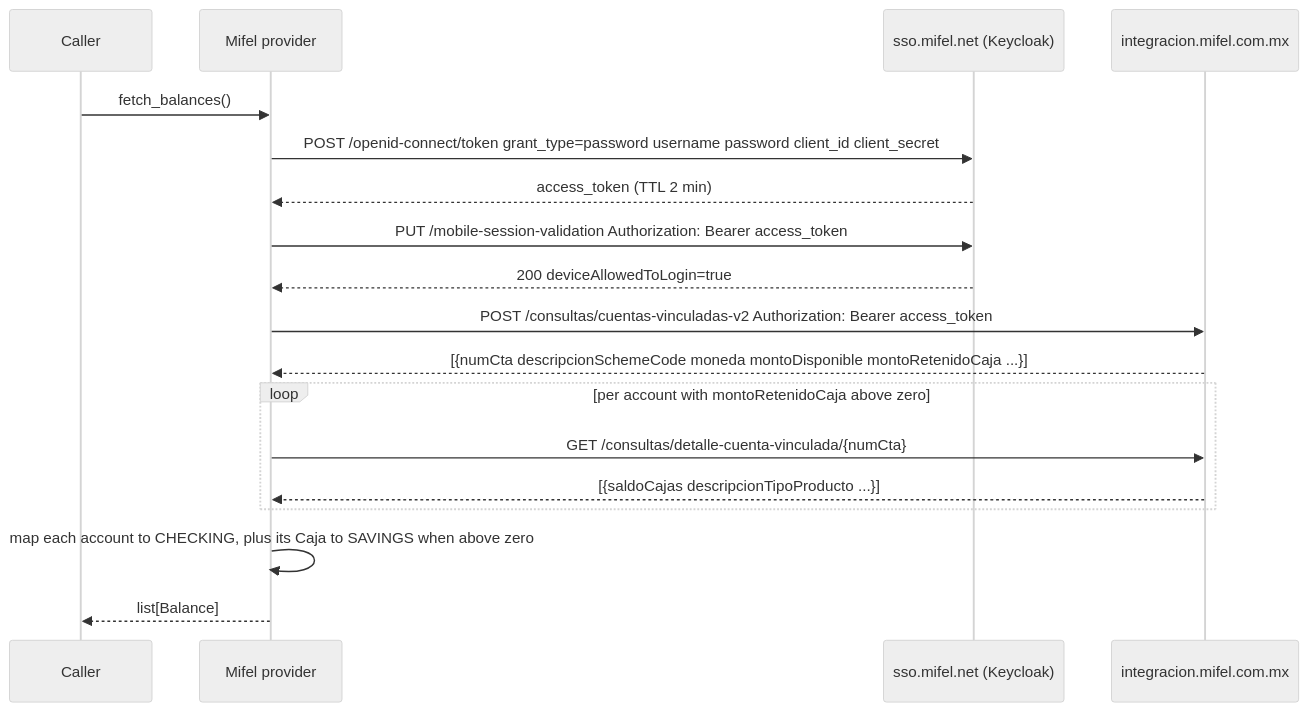
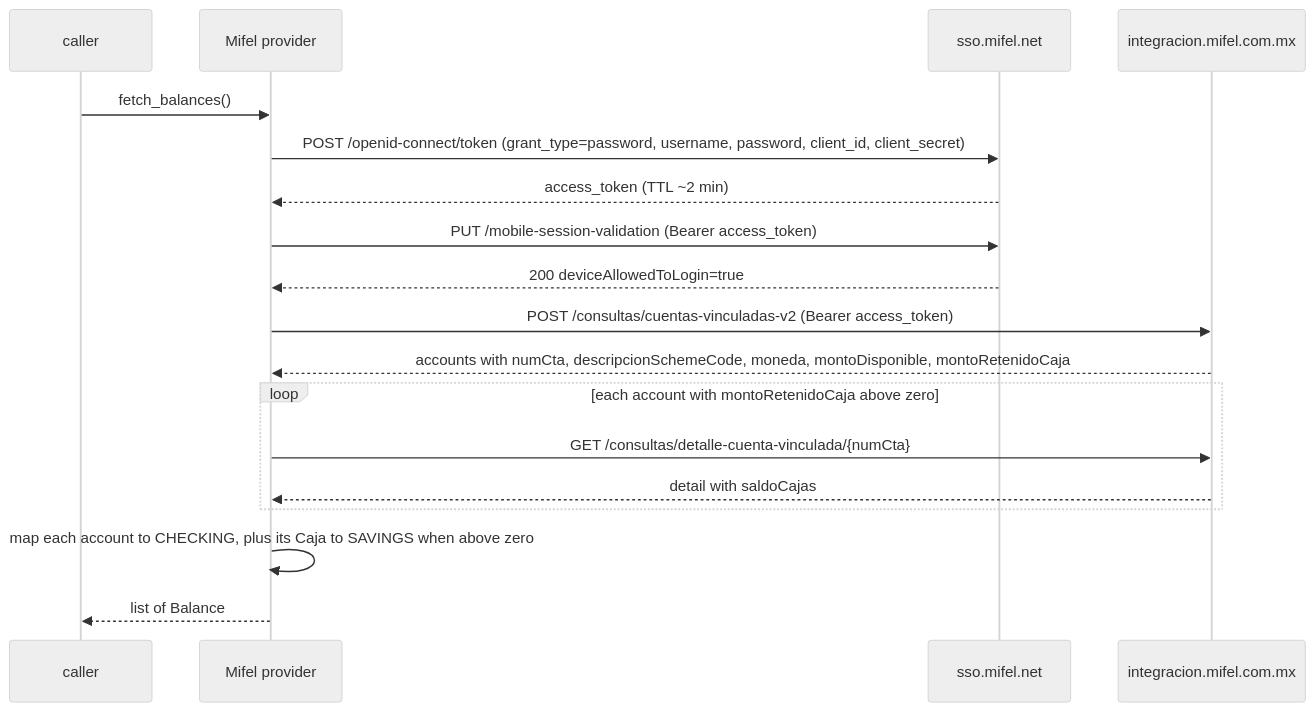
Before and after one commit to PaoloReyes/finscraper-mx: the diagram in docs/flows/mifel.md, drawn with Mermaid (neutral theme). The commit also changed other lines of this file and 8 other files, not shown here.

Commit message:
docs/flows: one structure across providers; fix Klar mermaid

````diff
--- a/docs/flows/mifel.md
+++ b/docs/flows/mifel.md
@@ -20,21 +17,21 @@
 ```mermaid
 sequenceDiagram
-    participant C as Caller
-    participant P as Mifel provider
-    participant KC as sso.mifel.net (Keycloak)
-    participant I as integracion.mifel.com.mx
+  participant C as caller
+  participant P as Mifel provider
+  participant KC as sso.mifel.net
+  participant I as integracion.mifel.com.mx
 
-    C->>P: fetch_balances()
-    P->>KC: POST /openid-connect/token  grant_type=password username password client_id client_secret
-    KC-->>P: access_token (TTL 2 min)
-    P->>KC: PUT /mobile-session-validation  Authorization: Bearer access_token
-    KC-->>P: 200 deviceAllowedToLogin=true
-    P->>I: POST /consultas/cuentas-vinculadas-v2  Authorization: Bearer access_token
-    I-->>P: [{numCta descripcionSchemeCode moneda montoDisponible montoRetenidoCaja ...}]
-    loop per account with montoRetenidoCaja above zero
-        P->>I: GET /consultas/detalle-cuenta-vinculada/{numCta}
-        I-->>P: [{saldoCajas descripcionTipoProducto ...}]
-    end
-    P->>P: map each account to CHECKING, plus its Caja to SAVINGS when above zero
-    P-->>C: list[Balance]
+  C->>P: fetch_balances()
+  P->>KC: POST /openid-connect/token (grant_type=password, username, password, client_id, client_secret)
+  KC-->>P: access_token (TTL ~2 min)
+  P->>KC: PUT /mobile-session-validation (Bearer access_token)
+  KC-->>P: 200 deviceAllowedToLogin=true
+  P->>I: POST /consultas/cuentas-vinculadas-v2 (Bearer access_token)
+  I-->>P: accounts with numCta, descripcionSchemeCode, moneda, montoDisponible, montoRetenidoCaja
+  loop each account with montoRetenidoCaja above zero
+    P->>I: GET /consultas/detalle-cuenta-vinculada/{numCta}
+    I-->>P: detail with saldoCajas
+  end
+  P->>P: map each account to CHECKING, plus its Caja to SAVINGS when above zero
+  P-->>C: list of Balance
 ```
````
